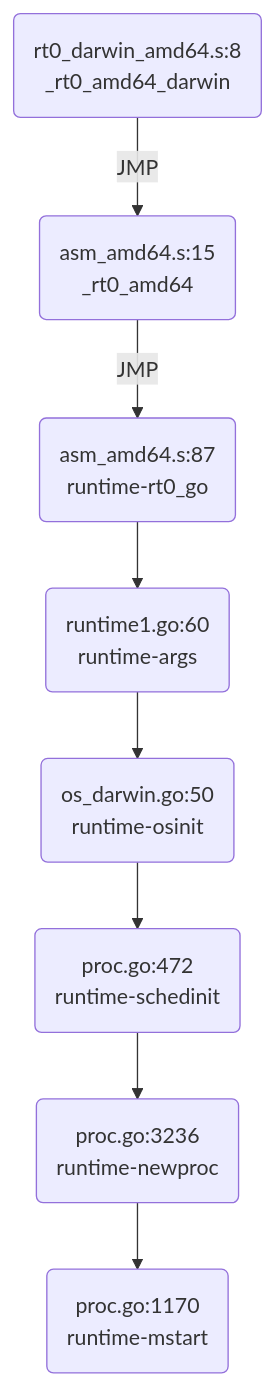
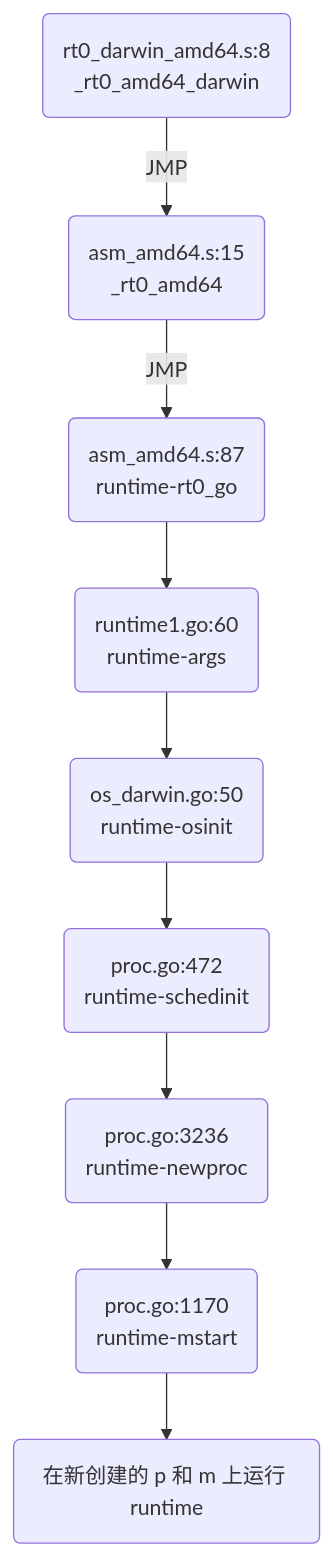
One commit to cch123/golang-notes changed the diagram in bootstrap.md. Above: the diagram before and after it, drawn with Mermaid. The commit also changed other lines of this file, not shown here.

````diff
--- a/bootstrap.md
+++ b/bootstrap.md
@@ -101,10 +101,11 @@
 ```mermaid
 graph TD
 A(rt0_darwin_amd64.s:8<br/>_rt0_amd64_darwin) -->|JMP| B(asm_amd64.s:15<br/>_rt0_amd64)
 B --> |JMP|C(asm_amd64.s:87<br/>runtime-rt0_go)
 C --> D(runtime1.go:60<br/>runtime-args)
 D --> E(os_darwin.go:50<br/>runtime-osinit)
 E --> F(proc.go:472<br/>runtime-schedinit)
 F --> G(proc.go:3236<br/>runtime-newproc)
 G --> H(proc.go:1170<br/>runtime-mstart)
+H --> I(在新创建的 p 和 m 上运行 runtime)
 ```
````
